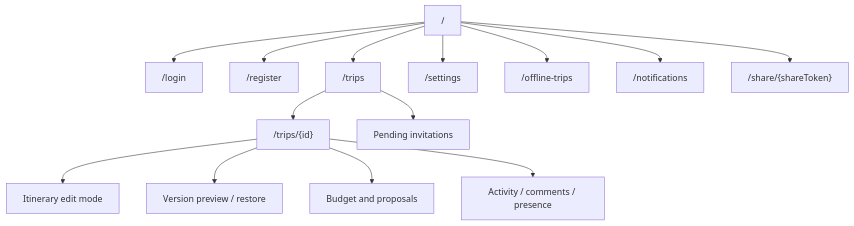
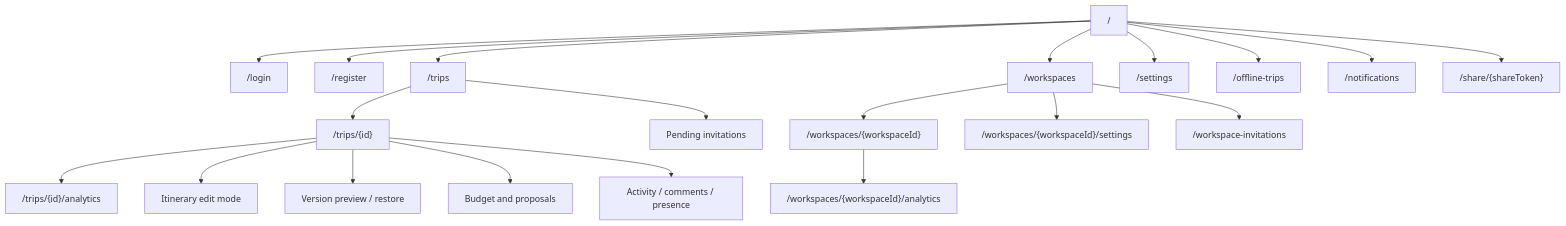
Before and after one commit to KovalenkoDima236961/Travel_Ai_App: the second of 3 diagrams in apps/web/README.md, drawn with Mermaid. The commit also changed other lines of this file and 109 other files, not shown here.

````diff
--- a/apps/web/README.md
+++ b/apps/web/README.md
@@ -139,16 +144,22 @@
 ```mermaid
 flowchart TD
     Home["/"] --> Login["/login"]
     Home --> Register["/register"]
     Home --> Trips["/trips"]
+    Home --> Workspaces["/workspaces"]
+    Workspaces --> WorkspaceDetail["/workspaces/{workspaceId}"]
+    WorkspaceDetail --> WorkspaceAnalytics["/workspaces/{workspaceId}/analytics"]
+    Workspaces --> WorkspaceSettings["/workspaces/{workspaceId}/settings"]
+    Workspaces --> WorkspaceInvites["/workspace-invitations"]
     Trips --> TripDetail["/trips/{id}"]
+    TripDetail --> TripAnalytics["/trips/{id}/analytics"]
     Trips --> Invitations["Pending invitations"]
     TripDetail --> Edit["Itinerary edit mode"]
     TripDetail --> Versions["Version preview / restore"]
     TripDetail --> Budget["Budget and proposals"]
     TripDetail --> Activity["Activity / comments / presence"]
     Home --> Settings["/settings"]
     Home --> OfflineTrips["/offline-trips"]
     Home --> Notifications["/notifications"]
     Home --> Share["/share/{shareToken}"]
 ```
````
